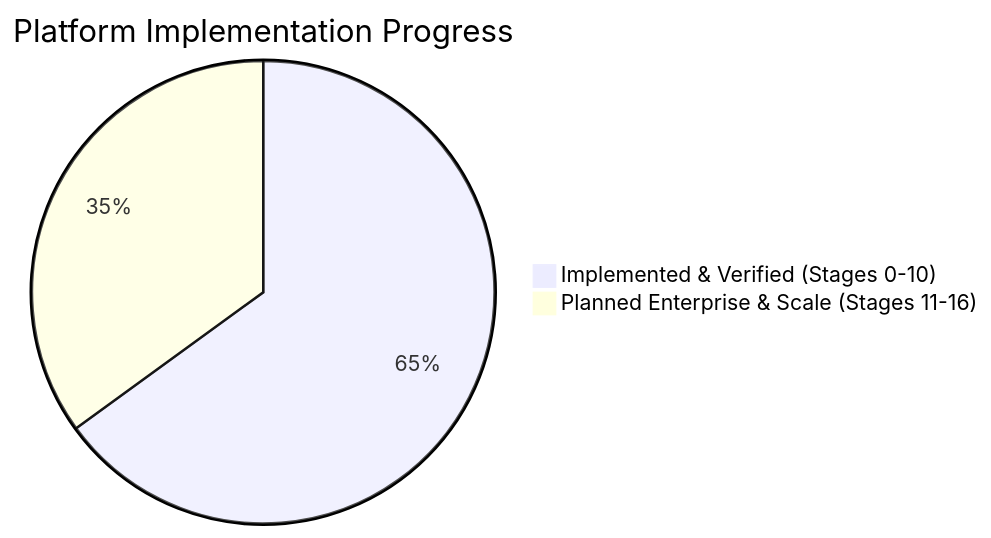
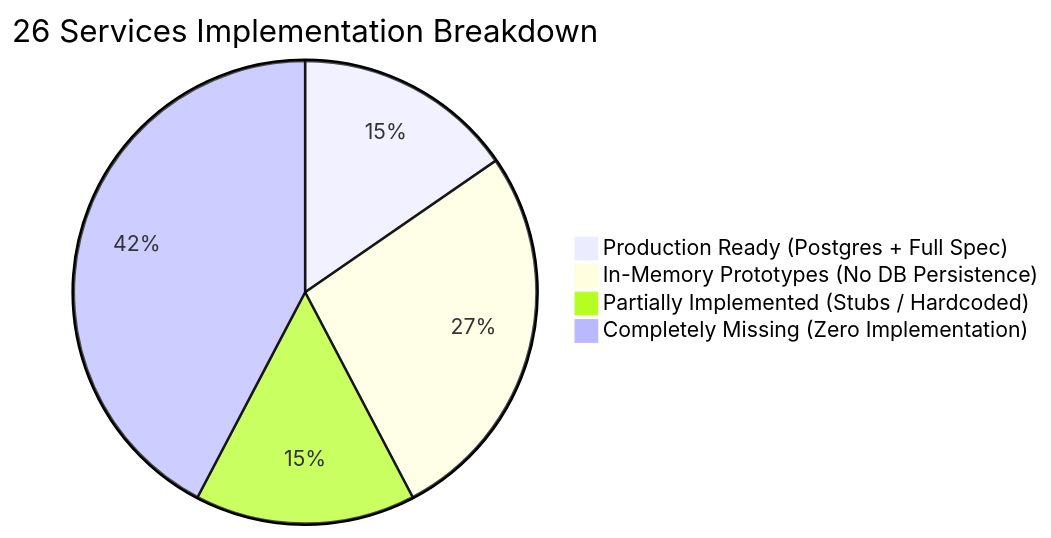
One commit to qamati/IOT_V2 changed the diagram in PLATFORM_STATUS_REPORT.md. Above: the diagram before and after it, drawn with Mermaid. The commit also changed other lines of this file and 60 other files, not shown here.

````diff
--- a/PLATFORM_STATUS_REPORT.md
+++ b/PLATFORM_STATUS_REPORT.md
@@ -18,5 +14,7 @@
 ```mermaid
-pie title Platform Implementation Progress
-    "Implemented & Verified (Stages 0-10)" : 65
-    "Planned Enterprise & Scale (Stages 11-16)" : 35
+pie title 26 Services Implementation Breakdown
+    "Production Ready (Postgres + Full Spec)" : 4
+    "In-Memory Prototypes (No DB Persistence)" : 7
+    "Partially Implemented (Stubs / Hardcoded)" : 4
+    "Completely Missing (Zero Implementation)" : 11
 ```
````
